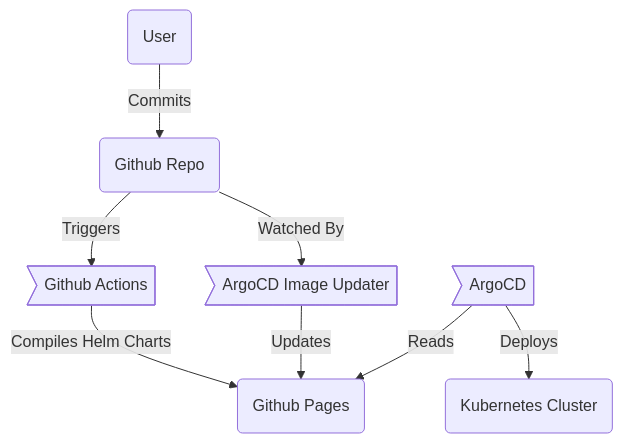
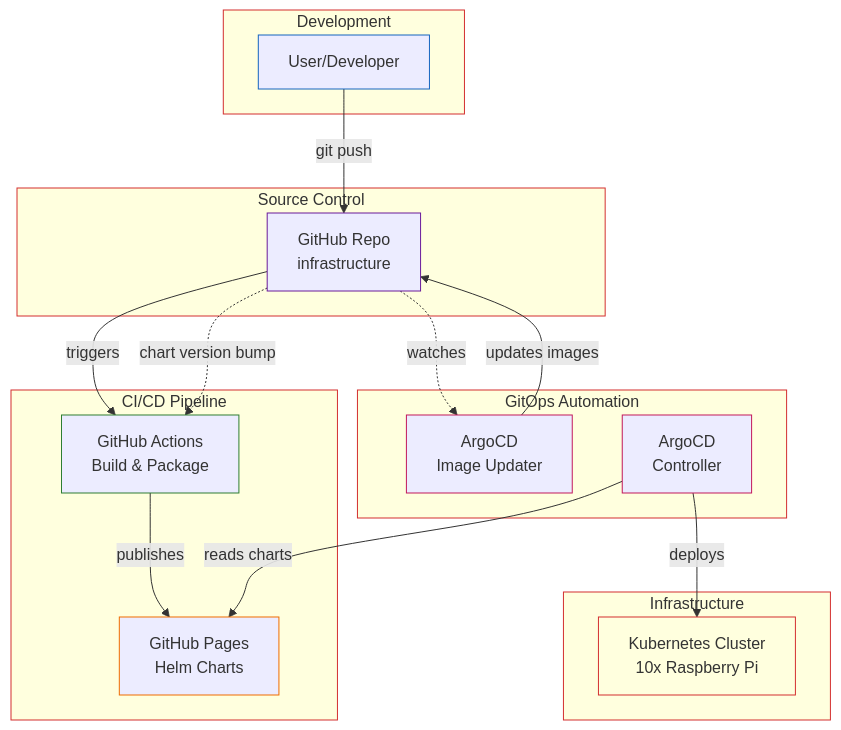
Before and after one commit to jaredfiorali/infrastructure: the second of 3 diagrams in README.md, drawn with Mermaid. The commit also changed other lines of this file, not shown here.

Commit message:
Chart clarity updates

````diff
--- a/README.md
+++ b/README.md
@@ -226,10 +226,47 @@
 ```mermaid
 graph TD
-    A(User) -->|Commits| B(Github Repo)
-    B(Github Repo) -->|Triggers| F>Github Actions]
-    F>Github Actions] -->|Compiles Helm Charts| C>Github Pages]
-    B(Github Repo) -->|Watched By| G(ArgoCD Image Updater)
-    G>ArgoCD Image Updater] -->|Updates| C(Github Pages)
-    D>ArgoCD] -->|Reads| C(Github Pages)
-    D>ArgoCD] -->|Deploys| E(Kubernetes Cluster)
+    subgraph "Development"
+        A[User/Developer]:::user
+    end
+
+    subgraph "Source Control"
+        B[GitHub Repo<br>infrastructure]:::repo
+    end
+
+    subgraph "CI/CD Pipeline"
+        F[GitHub Actions<br>Build & Package]:::ci
+        C[GitHub Pages<br>Helm Charts]:::registry
+    end
+
+    subgraph "GitOps Automation"
+        G[ArgoCD<br>Image Updater]:::automation
+        D[ArgoCD<br>Controller]:::automation
+    end
+
+    subgraph "Infrastructure"
+        E[Kubernetes Cluster<br>10x Raspberry Pi]:::cluster
+    end
+
+    %% Development flow
+    A -->|git push| B
+
+    %% CI/CD Pipeline
+    B -->|triggers| F
+    F -->|publishes| C
+
+    %% GitOps automation
+    B -.->|watches| G
+    G -->|updates images| B
+    D -->|reads charts| C
+    D -->|deploys| E
+
+    %% Manual trigger path
+    B -.->|chart version bump| F
+
+classDef user stroke:#1565c0
+classDef repo stroke:#6a1b9a
+classDef ci stroke:#2e7d32
+classDef registry stroke:#ef6c00
+classDef automation stroke:#c2185b
+classDef cluster stroke:#d32f2f
 ```
````
